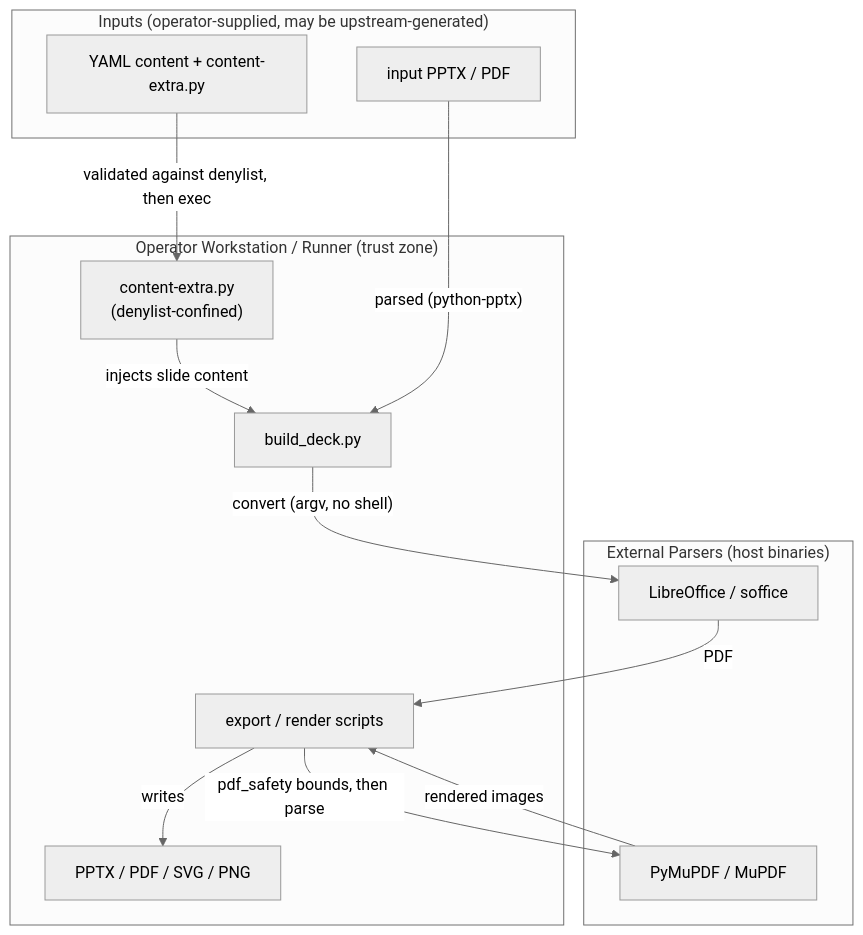
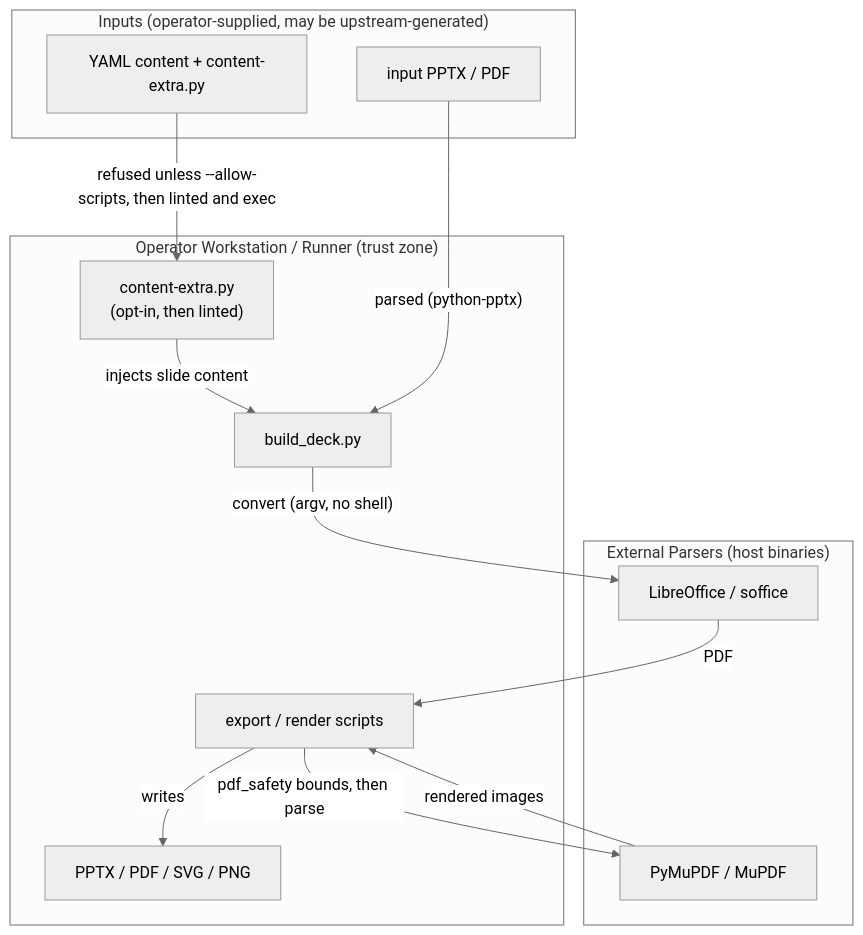
The diagram in .github/skills/experimental/powerpoint/SECURITY.md (MohammedAlkindi/hve-core), drawn with Mermaid (neutral theme) before and after one commit. The commit also changed other lines of this file and 1 other file, not shown here.

First line of the commit message:
docs(skills): align powerpoint docs with opt-in content-extra execution

````diff
--- a/.github/skills/experimental/powerpoint/SECURITY.md
+++ b/.github/skills/experimental/powerpoint/SECURITY.md
@@ -61,25 +61,25 @@
 ```mermaid
 flowchart TD
     subgraph HOST["Operator Workstation / Runner (trust zone)"]
         BUILD["build_deck.py"]
-        SANDBOX["content-extra.py<br/>(denylist-confined)"]
+        SANDBOX["content-extra.py<br/>(opt-in, then linted)"]
         EXPORT["export / render scripts"]
         OUT["PPTX / PDF / SVG / PNG"]
     end
     subgraph INPUT["Inputs (operator-supplied, may be upstream-generated)"]
         YAML["YAML content + content-extra.py"]
         INPPTX["input PPTX / PDF"]
     end
     subgraph EXT["External Parsers (host binaries)"]
         SOFFICE["LibreOffice / soffice"]
         MUPDF["PyMuPDF / MuPDF"]
     end
-    YAML -->|"validated against denylist, then exec"| SANDBOX
+    YAML -->|"refused unless --allow-scripts, then linted and exec"| SANDBOX
     SANDBOX -->|"injects slide content"| BUILD
     INPPTX -->|"parsed (python-pptx)"| BUILD
     BUILD -->|"convert (argv, no shell)"| SOFFICE
     SOFFICE -->|"PDF"| EXPORT
     EXPORT -->|"pdf_safety bounds, then parse"| MUPDF
     MUPDF -->|"rendered images"| EXPORT
     EXPORT -->|"writes"| OUT
 ```
````
